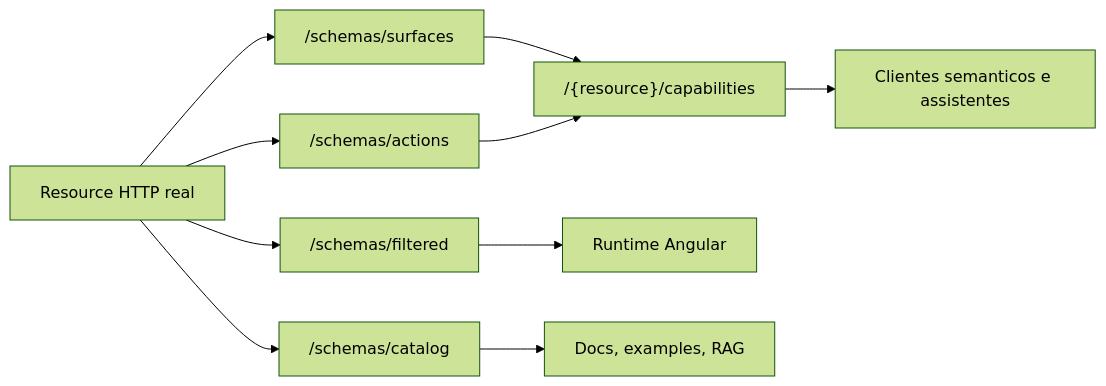
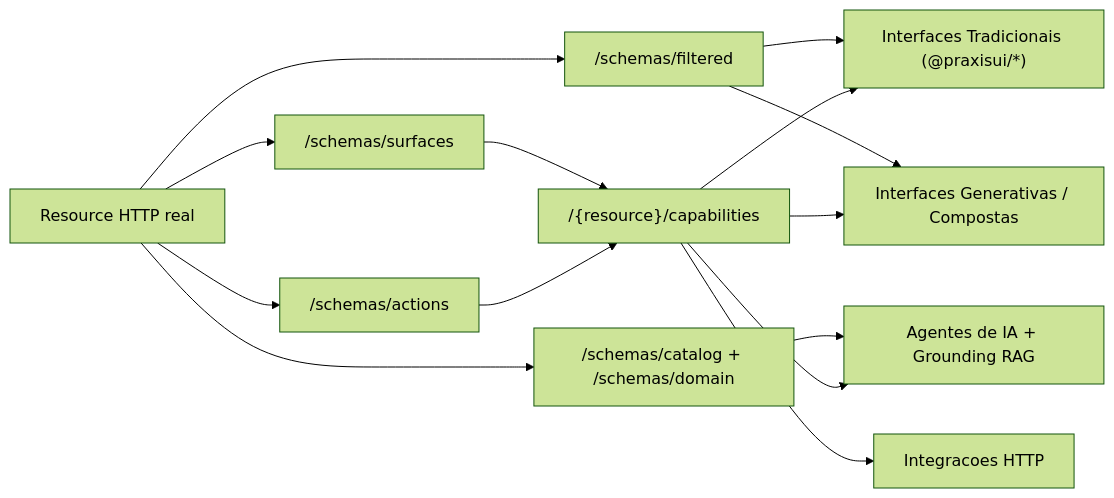
The second of 7 diagrams in docs/guides/GUIA-05-DO-CRUD-AO-CONTRATO-SEMANTICO.md (codexrodrigues/praxis-metadata-starter), drawn with Mermaid (forest theme) before and after one commit. The commit also changed other lines of this file and 18 other files, not shown here.

````diff
--- a/docs/guides/GUIA-05-DO-CRUD-AO-CONTRATO-SEMANTICO.md
+++ b/docs/guides/GUIA-05-DO-CRUD-AO-CONTRATO-SEMANTICO.md
@@ -28,12 +31,16 @@
 ```mermaid
 flowchart LR
     resource["Resource HTTP real"] --> filtered["/schemas/filtered"]
-    resource --> catalog["/schemas/catalog"]
+    resource --> catalog["/schemas/catalog + /schemas/domain"]
     resource --> surfaces["/schemas/surfaces"]
     resource --> actions["/schemas/actions"]
     surfaces --> capabilities["/{resource}/capabilities"]
     actions --> capabilities
-    filtered --> runtime["Runtime Angular"]
-    catalog --> docs["Docs, examples, RAG"]
-    capabilities --> clients["Clientes semanticos e assistentes"]
+    filtered --> uiTrad["Interfaces Tradicionais (@praxisui/*)"]
+    filtered --> uiGen["Interfaces Generativas / Compostas"]
+    catalog --> agents["Agentes de IA + Grounding RAG"]
+    capabilities --> uiTrad
+    capabilities --> uiGen
+    capabilities --> agents
+    capabilities --> integrations["Integracoes HTTP"]
 ```
````
